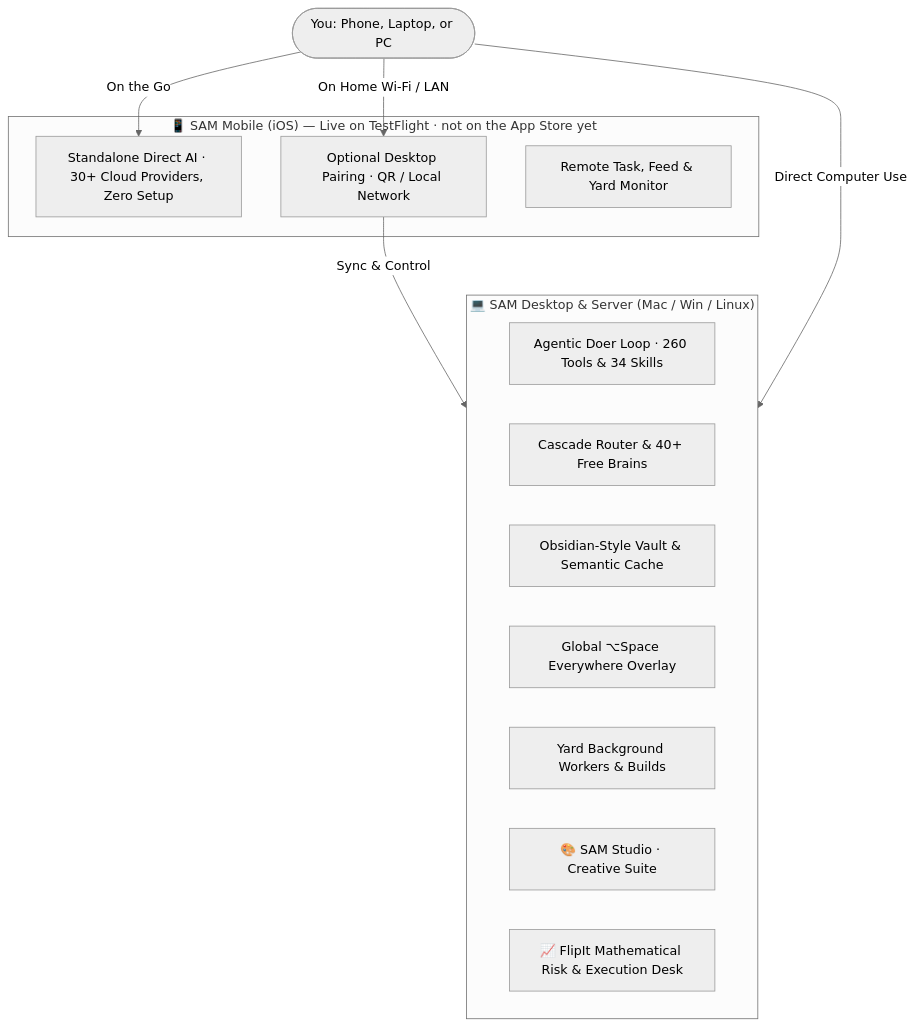
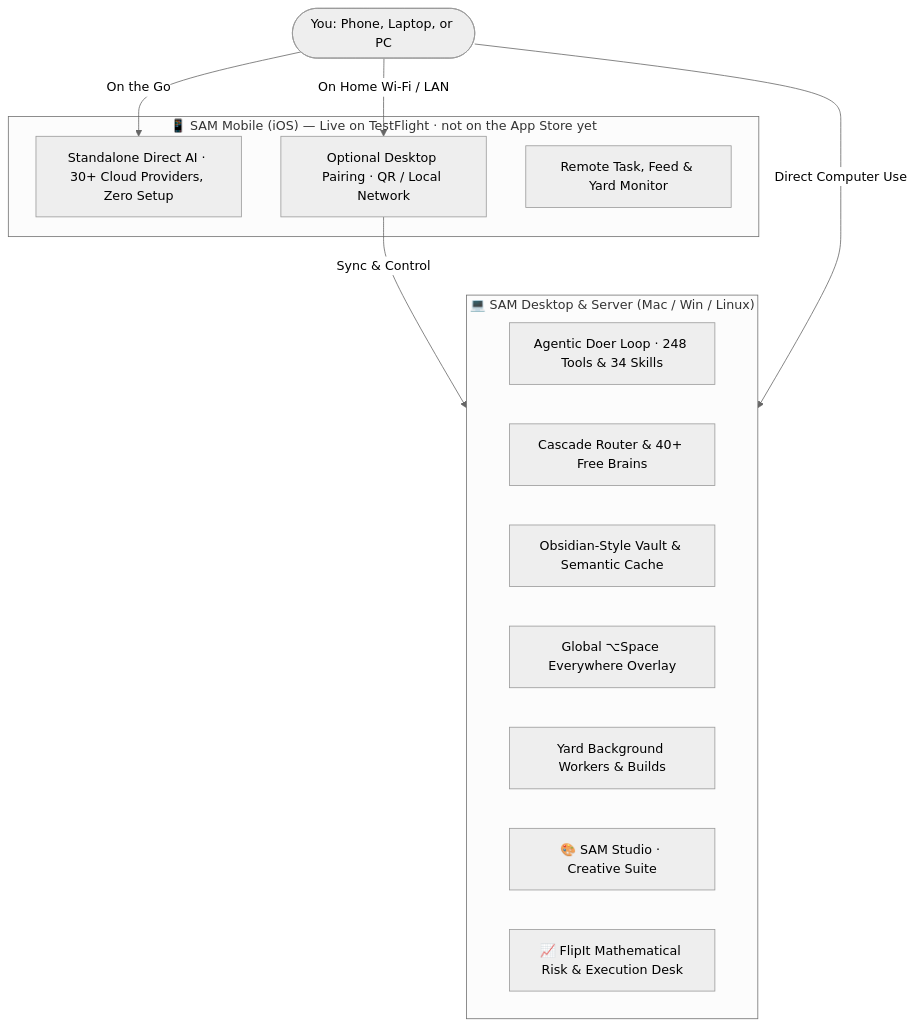
Before and after one commit to richhabits/sam: the diagram in README.md, drawn with Mermaid (neutral theme). The commit also changed other lines of this file and 10 other files, not shown here.

````diff
--- a/README.md
+++ b/README.md
@@ -37,25 +37,25 @@
 ```mermaid
 graph TD
     User([You: Phone, Laptop, or PC])
     
     subgraph Mobile ["📱 SAM Mobile (iOS) — Live on TestFlight · not on the App Store yet"]
         MobileAI[Standalone Direct AI · 30+ Cloud Providers, Zero Setup]
         MobilePair[Optional Desktop Pairing · QR / Local Network]
         MobileYard[Remote Task, Feed & Yard Monitor]
     end
     
     subgraph Core ["💻 SAM Desktop & Server (Mac / Win / Linux)"]
-        Agent[Agentic Doer Loop · 260 Tools & 34 Skills]
+        Agent[Agentic Doer Loop · 248 Tools & 34 Skills]
         Cascade[Cascade Router & 40+ Free Brains]
         Memory[Obsidian-Style Vault & Semantic Cache]
         Overlay[Global ⌥Space Everywhere Overlay]
         Yard[Yard Background Workers & Builds]
         Studio[🎨 SAM Studio · Creative Suite]
         FlipIt[📈 FlipIt Mathematical Risk & Execution Desk]
     end
 
     User -->|On the Go| MobileAI
     User -->|On Home Wi-Fi / LAN| MobilePair
     MobilePair -->|Sync & Control| Core
     User -->|Direct Computer Use| Core
 ```
````
